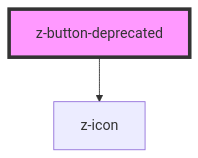
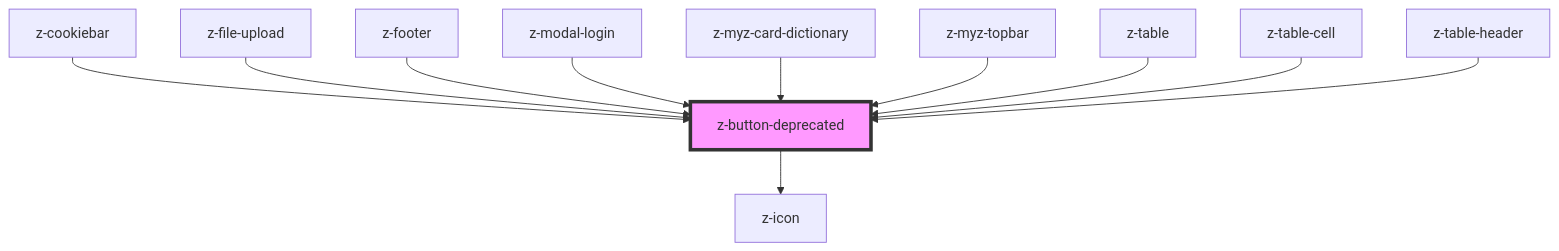
One commit to ZanichelliEditore/design-system changed the diagram in src/deprecated/z-button-deprecated/readme.md. Above: the diagram before and after it, drawn with Mermaid. The commit also changed other lines of this file and 61 other files, not shown here.

Commit message:
chore: use z-button-deprecated

````diff
--- a/src/deprecated/z-button-deprecated/readme.md
+++ b/src/deprecated/z-button-deprecated/readme.md
@@ -60,5 +72,14 @@
 ```mermaid
 graph TD;
   z-button-deprecated --> z-icon
+  z-cookiebar --> z-button-deprecated
+  z-file-upload --> z-button-deprecated
+  z-footer --> z-button-deprecated
+  z-modal-login --> z-button-deprecated
+  z-myz-card-dictionary --> z-button-deprecated
+  z-myz-topbar --> z-button-deprecated
+  z-table --> z-button-deprecated
+  z-table-cell --> z-button-deprecated
+  z-table-header --> z-button-deprecated
   style z-button-deprecated fill:#f9f,stroke:#333,stroke-width:4px
 ```
````
